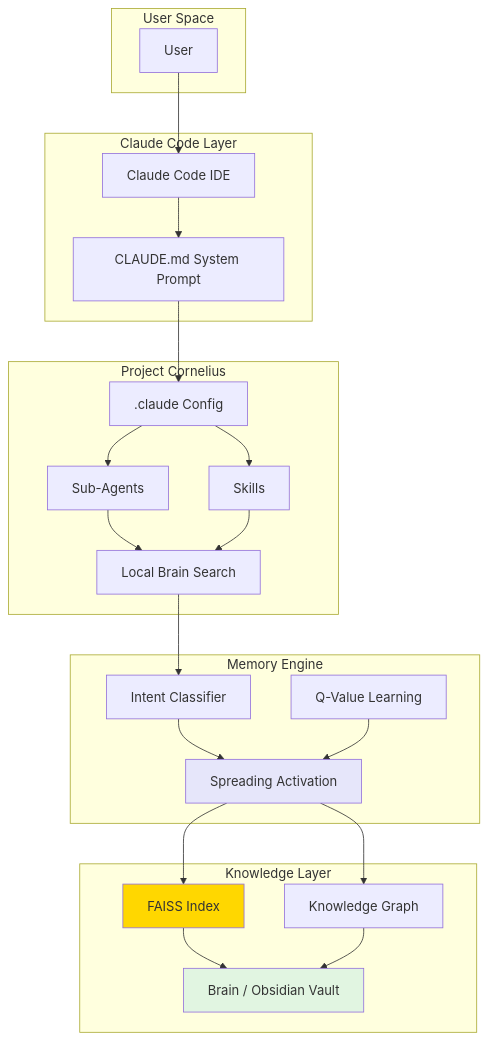
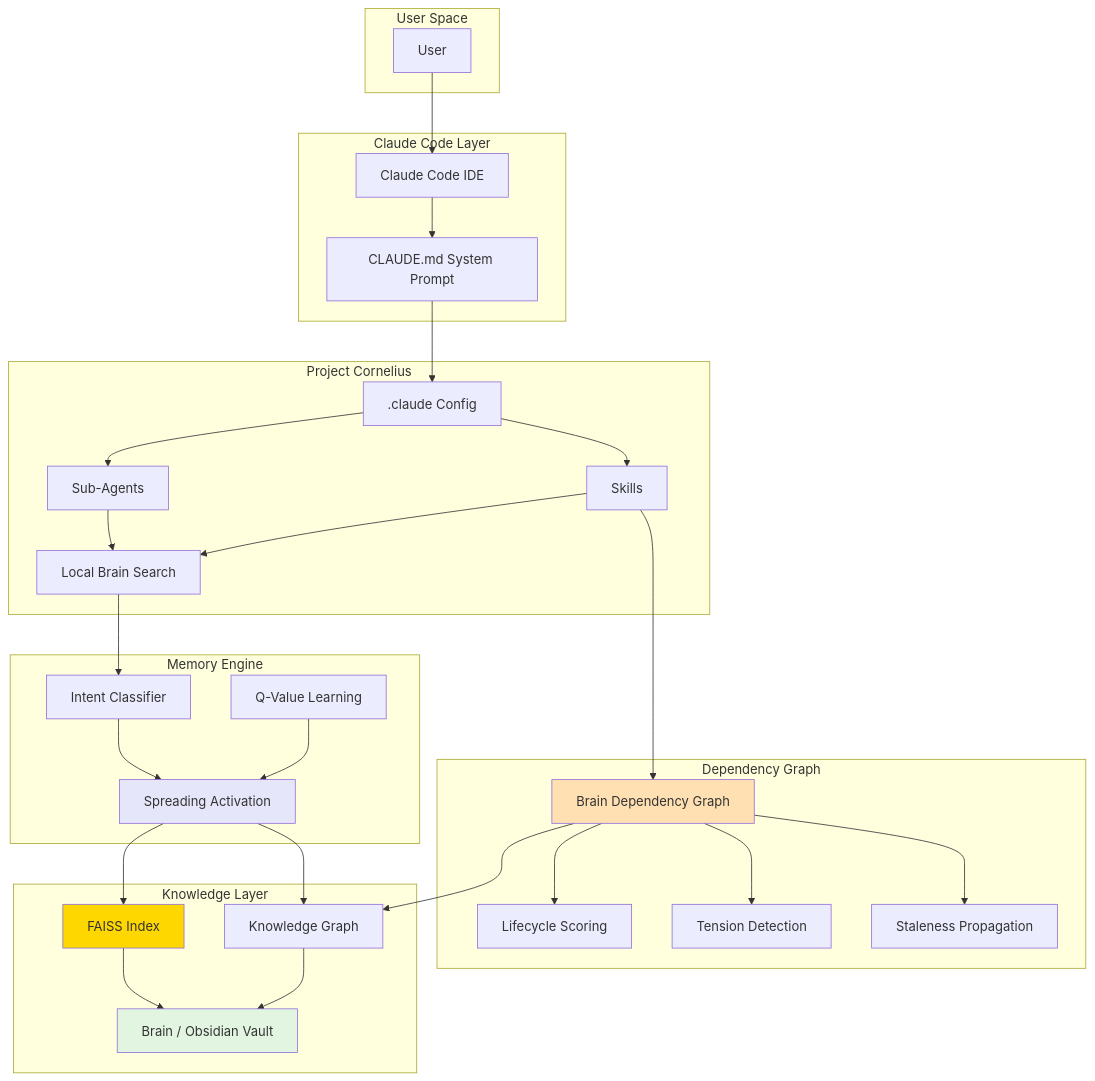
Before and after one commit to Abilityai/cornelius: the diagram in README.md, drawn with Mermaid. The commit also changed other lines of this file and 48 other files, not shown here.

First line of the commit message:
sync: v04.26 - Brain Dependency Graph, 6 new skills, README update

````diff
--- a/README.md
+++ b/README.md
@@ -285,49 +350,62 @@
 ```mermaid
 graph TB
     subgraph "User Space"
         User[User]
     end
 
     subgraph "Claude Code Layer"
         CC[Claude Code IDE]
         CLAUDE[CLAUDE.md System Prompt]
     end
 
     subgraph "Project Cornelius"
         CONFIG[.claude Config]
         AGENTS[Sub-Agents]
         SKILLS[Skills]
         SEARCH[Local Brain Search]
     end
 
     subgraph "Memory Engine"
         INTENT[Intent Classifier]
         SPREAD[Spreading Activation]
         LEARN[Q-Value Learning]
     end
 
+    subgraph "Dependency Graph"
+        BDG[Brain Dependency Graph]
+        LIFE[Lifecycle Scoring]
+        TENSION[Tension Detection]
+        STALE[Staleness Propagation]
+    end
+
     subgraph "Knowledge Layer"
         BRAIN[Brain / Obsidian Vault]
         FAISS[FAISS Index]
         GRAPH[Knowledge Graph]
     end
 
     User --> CC
     CC --> CLAUDE
     CLAUDE --> CONFIG
     CONFIG --> AGENTS
     CONFIG --> SKILLS
     AGENTS --> SEARCH
     SKILLS --> SEARCH
     SEARCH --> INTENT
     INTENT --> SPREAD
     SPREAD --> FAISS
     SPREAD --> GRAPH
     LEARN --> SPREAD
+    SKILLS --> BDG
+    BDG --> LIFE
+    BDG --> TENSION
+    BDG --> STALE
+    BDG --> GRAPH
     FAISS --> BRAIN
     GRAPH --> BRAIN
 
     style BRAIN fill:#e1f5e1
     style FAISS fill:#ffd700
     style SPREAD fill:#e6e6fa
+    style BDG fill:#ffe0b2
 ```
````
